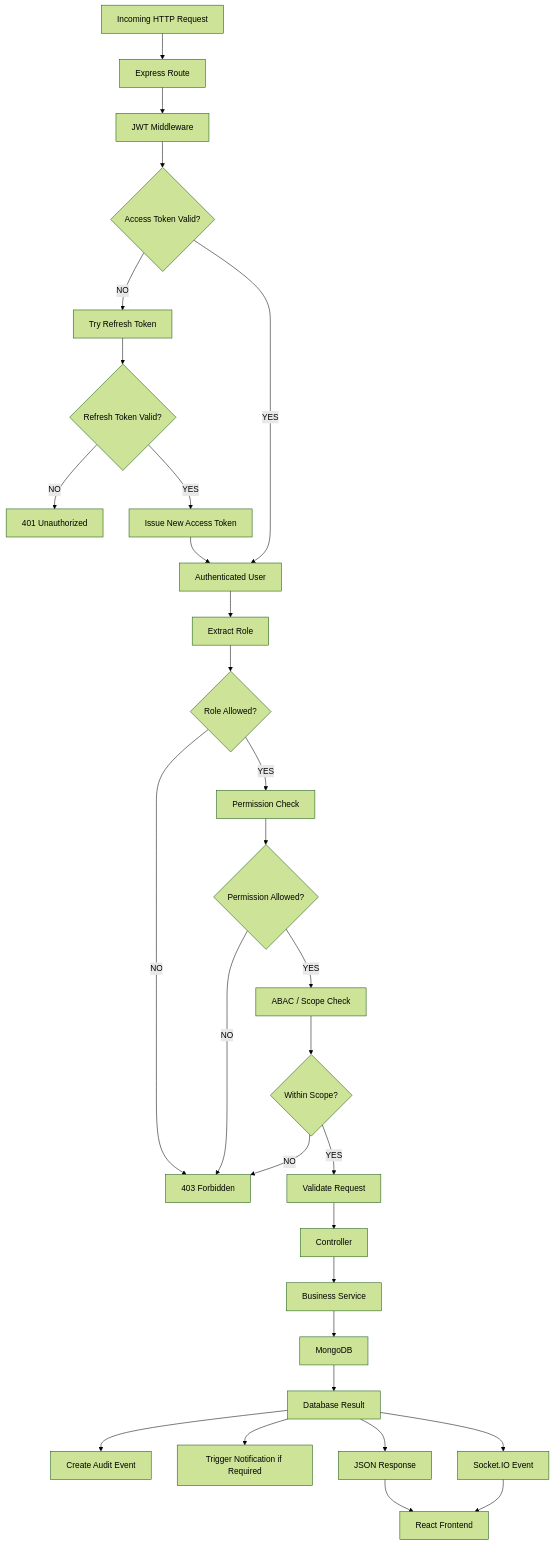
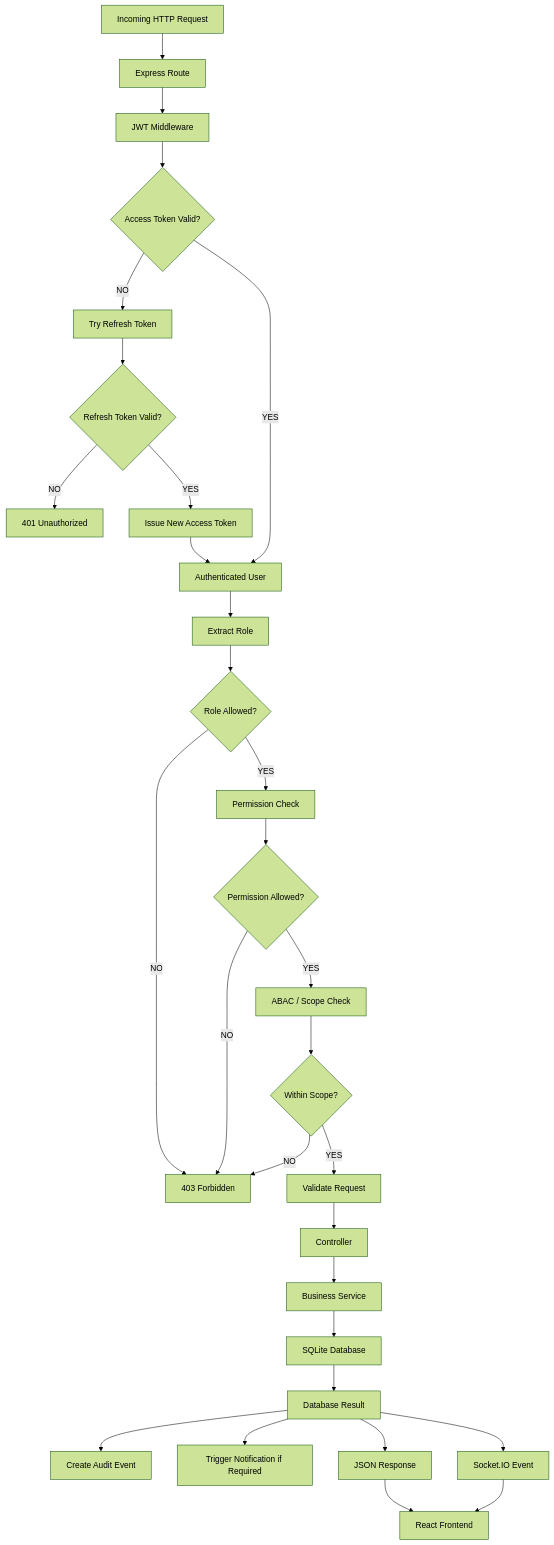
The diagram in docs/flowcharts/02-backend-api-flow.md (maheswari-pinneti/WFA-SQLITE-Frontend-project), drawn with Mermaid (forest theme) before and after one commit. The commit also changed 3 other files, not shown here.

Commit message:
docs: Update database labels to SQLite in flowcharts

````diff
--- a/docs/flowcharts/02-backend-api-flow.md
+++ b/docs/flowcharts/02-backend-api-flow.md
@@ -5,42 +5,42 @@
 ```mermaid
 flowchart TD
     REQUEST["Incoming HTTP Request"] --> ROUTE["Express Route"]
     ROUTE --> JWT["JWT Middleware"]
     
     JWT --> TOKEN_VALID{"Access Token Valid?"}
     TOKEN_VALID -->|NO| REFRESH["Try Refresh Token"]
     REFRESH --> REFRESH_VALID{"Refresh Token Valid?"}
     REFRESH_VALID -->|NO| UNAUTHORIZED["401 Unauthorized"]
     REFRESH_VALID -->|YES| NEW_TOKEN["Issue New Access Token"]
     NEW_TOKEN --> AUTH_USER["Authenticated User"]
     
     TOKEN_VALID -->|YES| AUTH_USER
     
     AUTH_USER --> ROLE["Extract Role"]
     ROLE --> ROLE_CHECK{"Role Allowed?"}
     
     ROLE_CHECK -->|NO| FORBIDDEN["403 Forbidden"]
     ROLE_CHECK -->|YES| PERMISSION["Permission Check"]
     
     PERMISSION --> PERMISSION_CHECK{"Permission Allowed?"}
     PERMISSION_CHECK -->|NO| FORBIDDEN
     PERMISSION_CHECK -->|YES| SCOPE["ABAC / Scope Check"]
     
     SCOPE --> SCOPE_CHECK{"Within Scope?"}
     SCOPE_CHECK -->|NO| FORBIDDEN
     SCOPE_CHECK -->|YES| VALIDATE["Validate Request"]
     
     VALIDATE --> CONTROLLER["Controller"]
     CONTROLLER --> SERVICE["Business Service"]
-    SERVICE --> DB["MongoDB"]
+    SERVICE --> DB["SQLite Database"]
     
     DB --> RESULT["Database Result"]
     
     RESULT --> AUDIT["Create Audit Event"]
     RESULT --> NOTIFY["Trigger Notification if Required"]
     RESULT --> SOCKET["Socket.IO Event"]
     RESULT --> RESPONSE["JSON Response"]
     
     RESPONSE --> CLIENT["React Frontend"]
     SOCKET --> CLIENT
 ```
````
